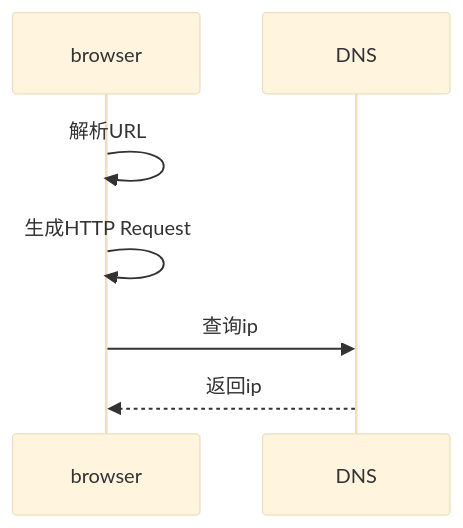
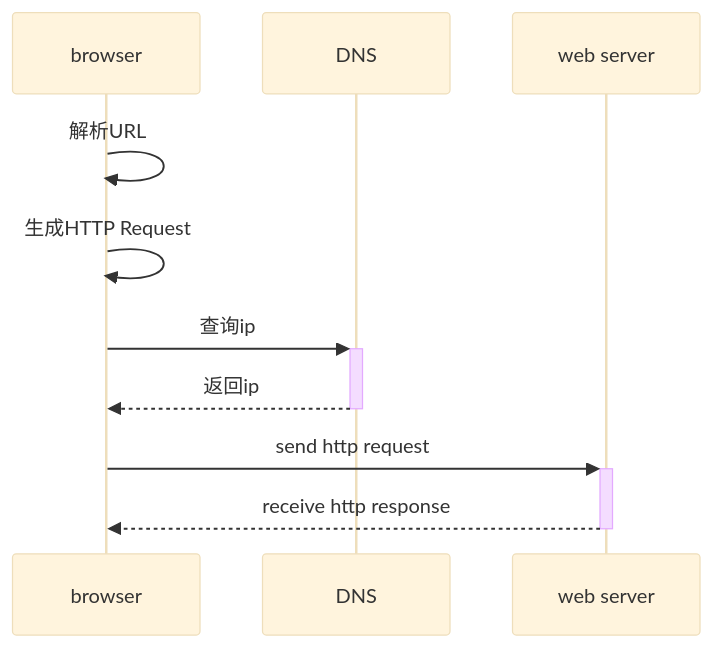
One commit to Houchengisnull/helloWorld changed the diagram in documents/network/应用层.http.md. Above: the diagram before and after it, drawn with Mermaid (base theme). The commit also changed other lines of this file, not shown here.

Commit message:
# http - 基本流程图

````diff
--- a/documents/network/应用层.http.md
+++ b/documents/network/应用层.http.md
@@ -12,9 +11,12 @@
 ``` mermaid
 sequenceDiagram
 	participant browser
 	participant DNS
+	participant web server
 	browser ->> browser : 解析URL
 	browser ->> browser : 生成HTTP Request
-	browser ->> DNS : 查询ip
-	DNS -->> browser : 返回ip
+	browser ->> + DNS : 查询ip
+	DNS -->> - browser : 返回ip
+	browser ->> + web server: send http request
+	web server -->> - browser : receive http response 
 ```
````
